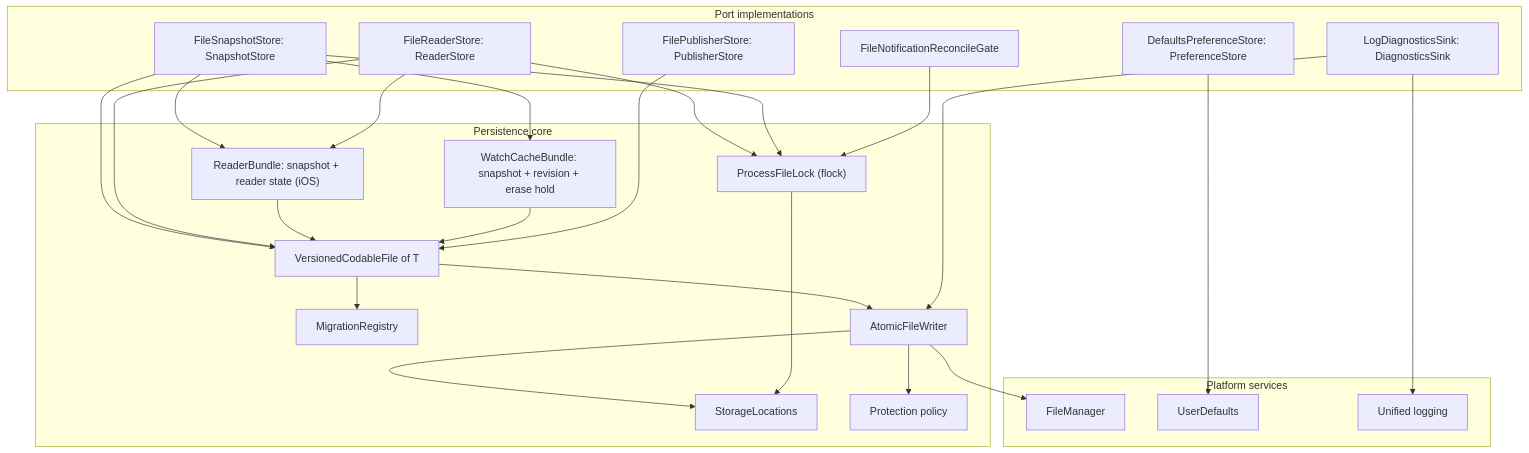
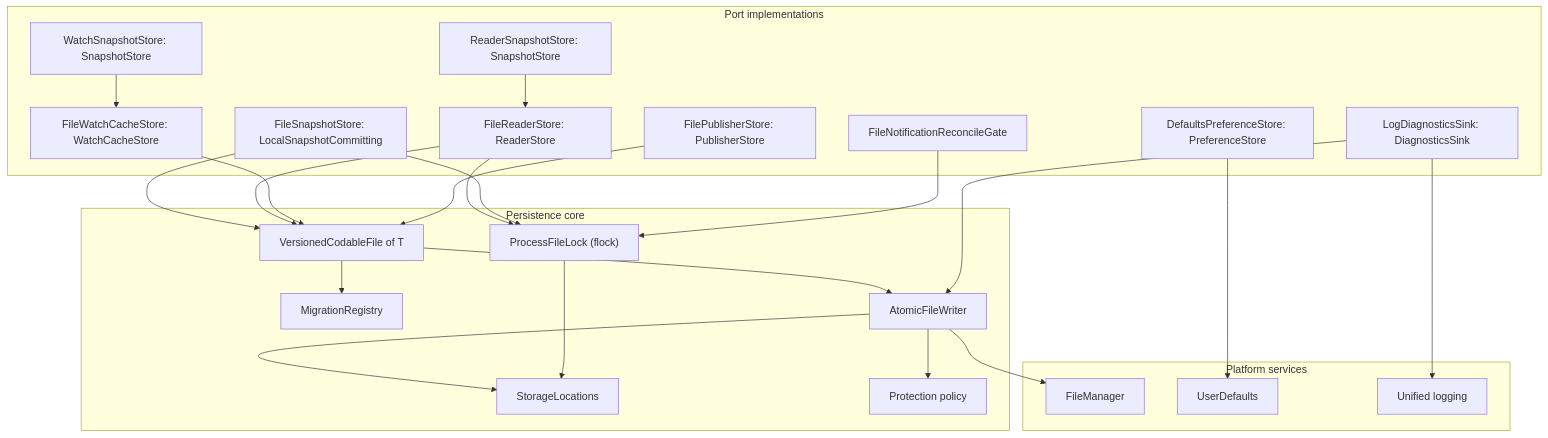
One commit to pastry-personal5/reset-radar changed the diagram in docs/architecture/storage.md. Above: the diagram before and after it, drawn with Mermaid. The commit also changed other lines of this file and 6 other files, not shown here.

````diff
--- a/docs/architecture/storage.md
+++ b/docs/architecture/storage.md
@@ -25,46 +25,45 @@
 ```mermaid
 flowchart TB
   subgraph PortImpls["Port implementations"]
-    FileSnapshotStore["FileSnapshotStore: SnapshotStore"]
+    FileSnapshotStore["FileSnapshotStore: LocalSnapshotCommitting"]
+    ReaderSnapshotStore["ReaderSnapshotStore: SnapshotStore"]
+    WatchSnapshotStore["WatchSnapshotStore: SnapshotStore"]
     FileReaderStore["FileReaderStore: ReaderStore"]
     FilePublisherStore["FilePublisherStore: PublisherStore"]
+    FileWatchCacheStore["FileWatchCacheStore: WatchCacheStore"]
     DefaultsPreferenceStore["DefaultsPreferenceStore: PreferenceStore"]
     FileNotificationReconcileGate["FileNotificationReconcileGate"]
     LogDiagnosticsSink["LogDiagnosticsSink: DiagnosticsSink"]
   end
   subgraph Core["Persistence core"]
     VersionedCodableFile["VersionedCodableFile of T"]
-    ReaderBundle["ReaderBundle: snapshot + reader state (iOS)"]
-    WatchCacheBundle["WatchCacheBundle: snapshot + revision + erase hold"]
     MigrationRegistry
     AtomicFileWriter
     ProcessFileLock["ProcessFileLock (flock)"]
     StorageLocations
     ProtectionPolicy["Protection policy"]
   end
   subgraph Platform["Platform services"]
     FileManager
     UserDefaults
     OSLog["Unified logging"]
   end
   FileSnapshotStore --> VersionedCodableFile
   FileReaderStore --> VersionedCodableFile
-  FileSnapshotStore --> ReaderBundle
-  FileReaderStore --> ReaderBundle
-  FileSnapshotStore --> WatchCacheBundle
-  ReaderBundle --> VersionedCodableFile
-  WatchCacheBundle --> VersionedCodableFile
+  FileWatchCacheStore --> VersionedCodableFile
+  ReaderSnapshotStore --> FileReaderStore
+  WatchSnapshotStore --> FileWatchCacheStore
   FileReaderStore --> ProcessFileLock
   FileSnapshotStore --> ProcessFileLock
   FileNotificationReconcileGate --> ProcessFileLock
   FilePublisherStore --> VersionedCodableFile
   VersionedCodableFile --> MigrationRegistry
   VersionedCodableFile --> AtomicFileWriter
   AtomicFileWriter --> ProtectionPolicy
   AtomicFileWriter --> StorageLocations
   AtomicFileWriter --> FileManager
   ProcessFileLock --> StorageLocations
   DefaultsPreferenceStore --> UserDefaults
   LogDiagnosticsSink --> OSLog
   LogDiagnosticsSink --> AtomicFileWriter
 ```
````
